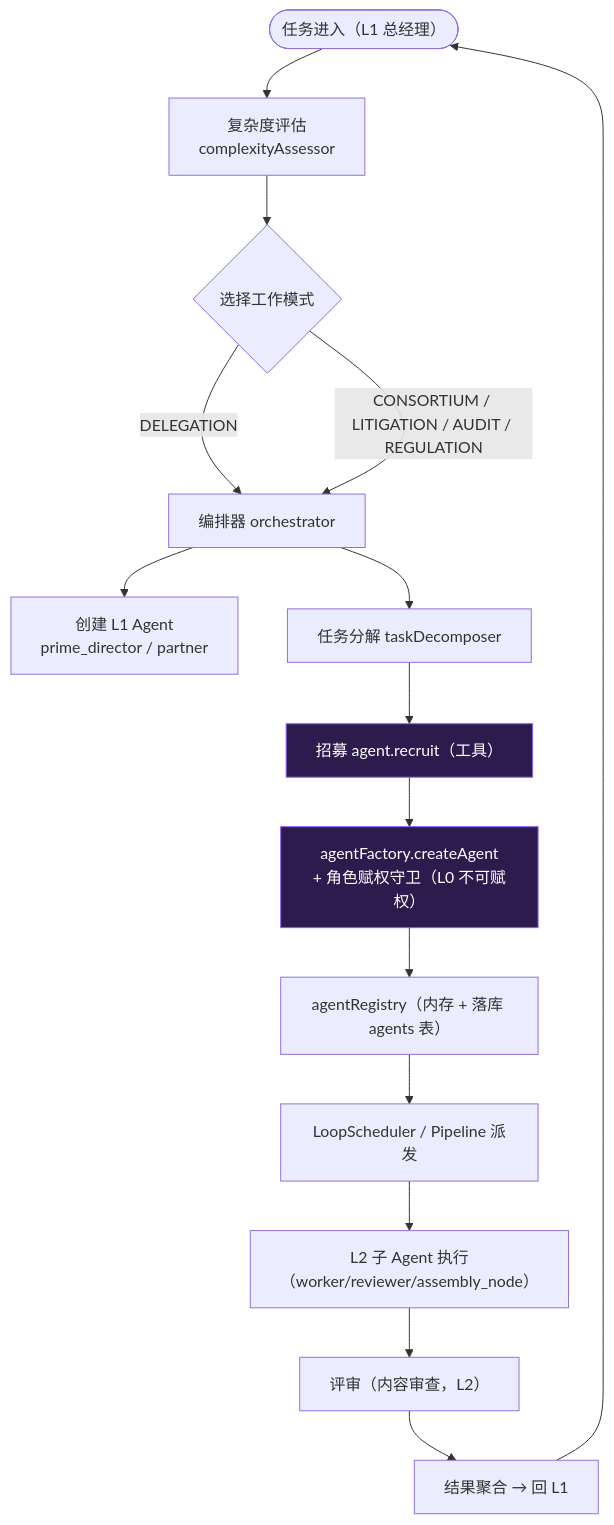
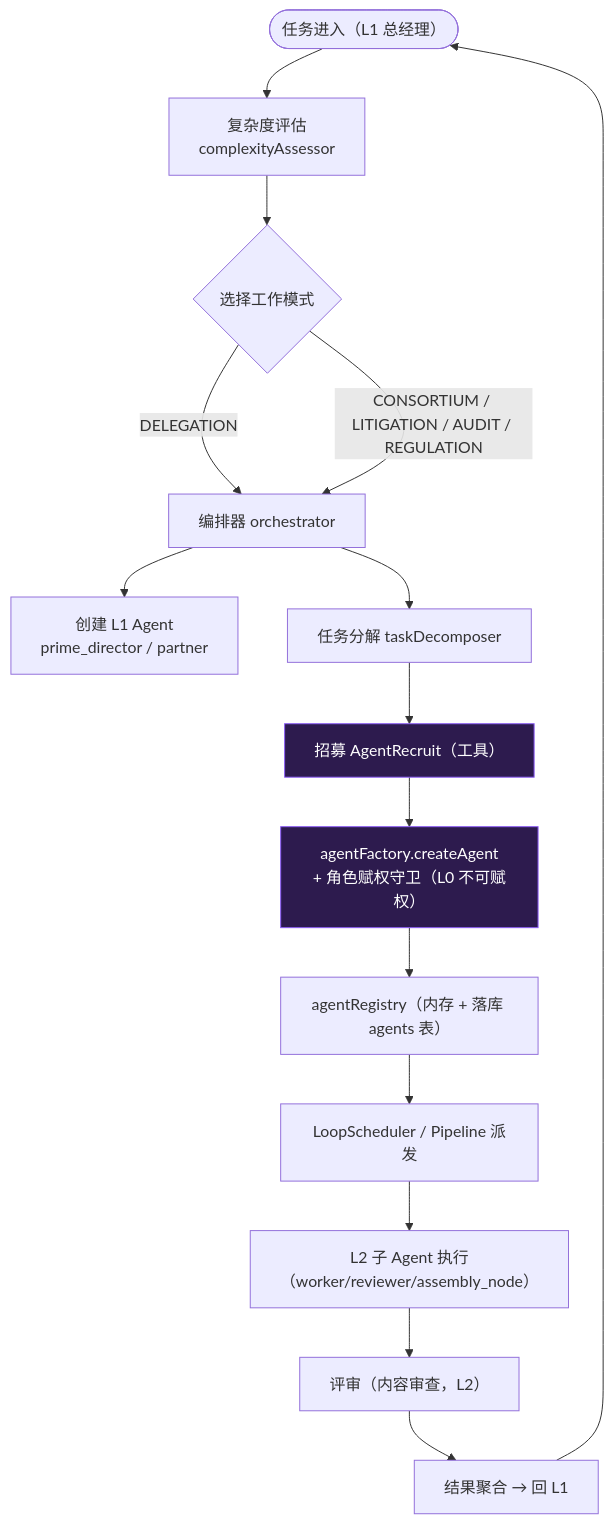
Before and after one commit to linmowudie/CivitasAI: the seventh of 12 diagrams in Docs/Dev/项目模块工作流图.md, drawn with Mermaid. The commit also changed other lines of this file and 305 other files, not shown here.

````diff
--- a/Docs/Dev/项目模块工作流图.md
+++ b/Docs/Dev/项目模块工作流图.md
@@ -271,20 +271,20 @@
 ```mermaid
 flowchart TB
   Task(["任务进入（L1 总经理）"]) --> Assess["复杂度评估<br/>complexityAssessor"]
   Assess --> Mode{"选择工作模式"}
   Mode -->|"DELEGATION"| Orc["编排器 orchestrator"]
   Mode -->|"CONSORTIUM / LITIGATION / AUDIT / REGULATION"| Orc
   Orc --> Direct["创建 L1 Agent<br/>prime_director / partner"]
   Orc --> Decomp["任务分解 taskDecomposer"]
-  Decomp --> Recruit["招募 agent.recruit（工具）"]
+  Decomp --> Recruit["招募 AgentRecruit（工具）"]
   Recruit --> Fact["agentFactory.createAgent<br/>+ 角色赋权守卫（L0 不可赋权）"]
   Fact --> Reg["agentRegistry（内存 + 落库 agents 表）"]
   Reg --> Sched["LoopScheduler / Pipeline 派发"]
   Sched --> Sub["L2 子 Agent 执行（worker/reviewer/assembly_node）"]
   Sub --> Review["评审（内容审查，L2）"]
   Review --> Agg["结果聚合 → 回 L1"]
   Agg --> Task
 
   classDef gov fill:#2d1b4e,stroke:#8b5cf6,color:#fff
   class Recruit,Fact gov
 ```
````
